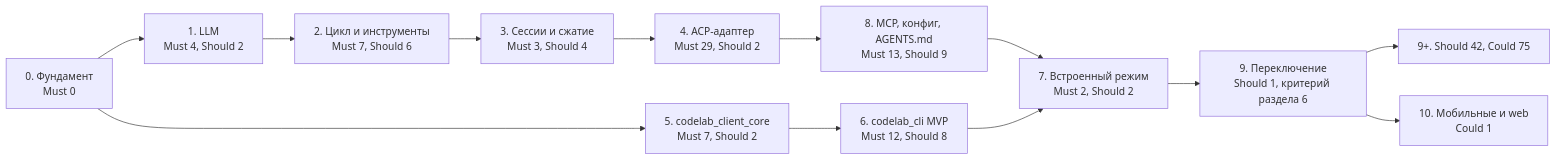
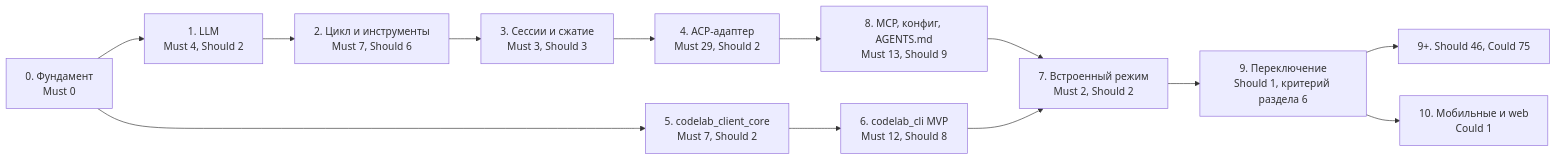
One commit to pese-git/codelab-app changed the second of 2 diagrams in docs/architecture/proposals/agent-parity-goals.md. Above: the diagram before and after it, drawn with Mermaid. The commit also changed other lines of this file and 4 other files, not shown here.

````diff
--- a/docs/architecture/proposals/agent-parity-goals.md
+++ b/docs/architecture/proposals/agent-parity-goals.md
@@ -1105,15 +1111,15 @@
 ```mermaid
 flowchart LR
     S0["0. Фундамент<br/>Must 0"] --> S1["1. LLM<br/>Must 4, Should 2"]
     S1 --> S2["2. Цикл и инструменты<br/>Must 7, Should 6"]
-    S2 --> S3["3. Сессии и сжатие<br/>Must 3, Should 4"]
+    S2 --> S3["3. Сессии и сжатие<br/>Must 3, Should 3"]
     S3 --> S4["4. ACP-адаптер<br/>Must 29, Should 2"]
     S0 --> S5["5. codelab_client_core<br/>Must 7, Should 2"]
     S5 --> S6["6. codelab_cli MVP<br/>Must 12, Should 8"]
     S8 --> S7["7. Встроенный режим<br/>Must 2, Should 2"]
     S6 --> S7
     S4 --> S8["8. MCP, конфиг, AGENTS.md<br/>Must 13, Should 9"]
     S7 --> S9["9. Переключение<br/>Should 1, критерий раздела 6"]
-    S9 --> SN["9+. Should 42, Could 75"]
+    S9 --> SN["9+. Should 46, Could 75"]
     S9 --> S10["10. Мобильные и web<br/>Could 1"]
 ```
````
